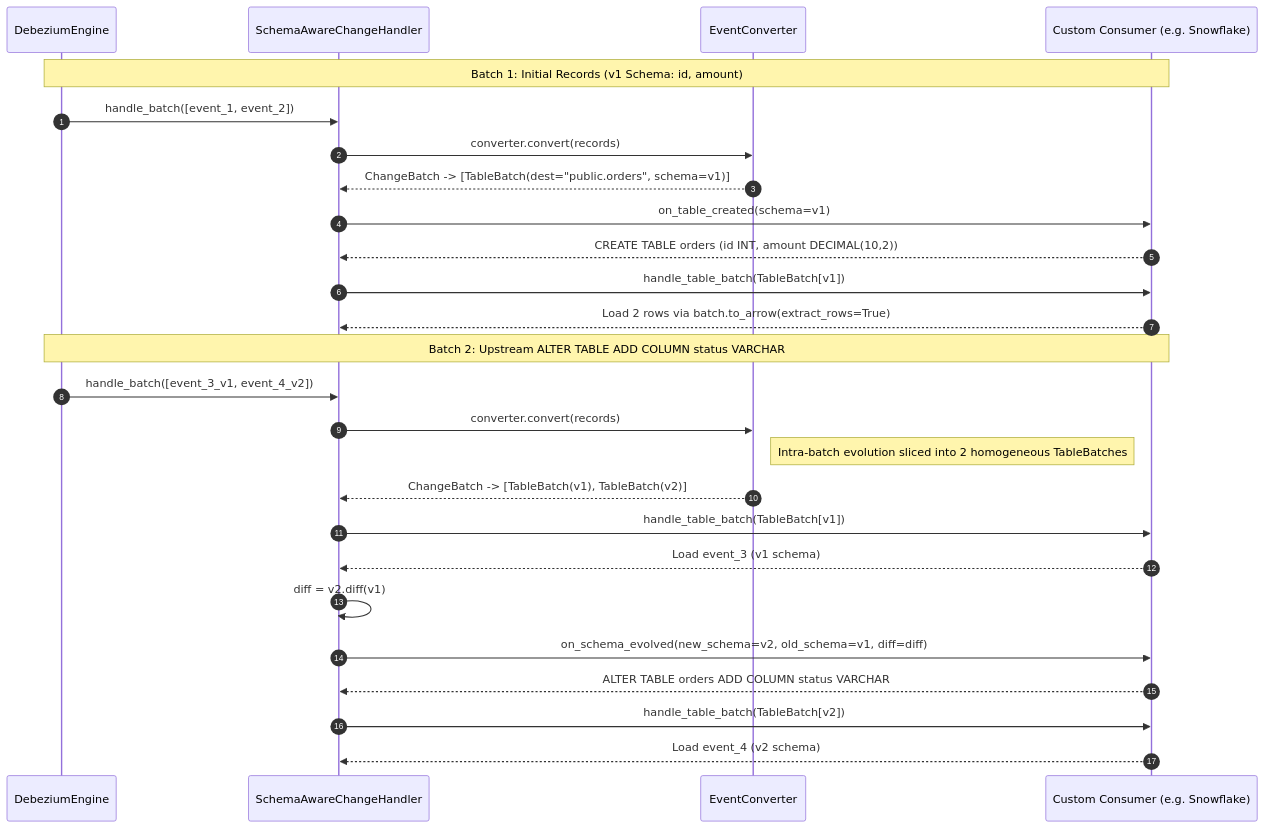
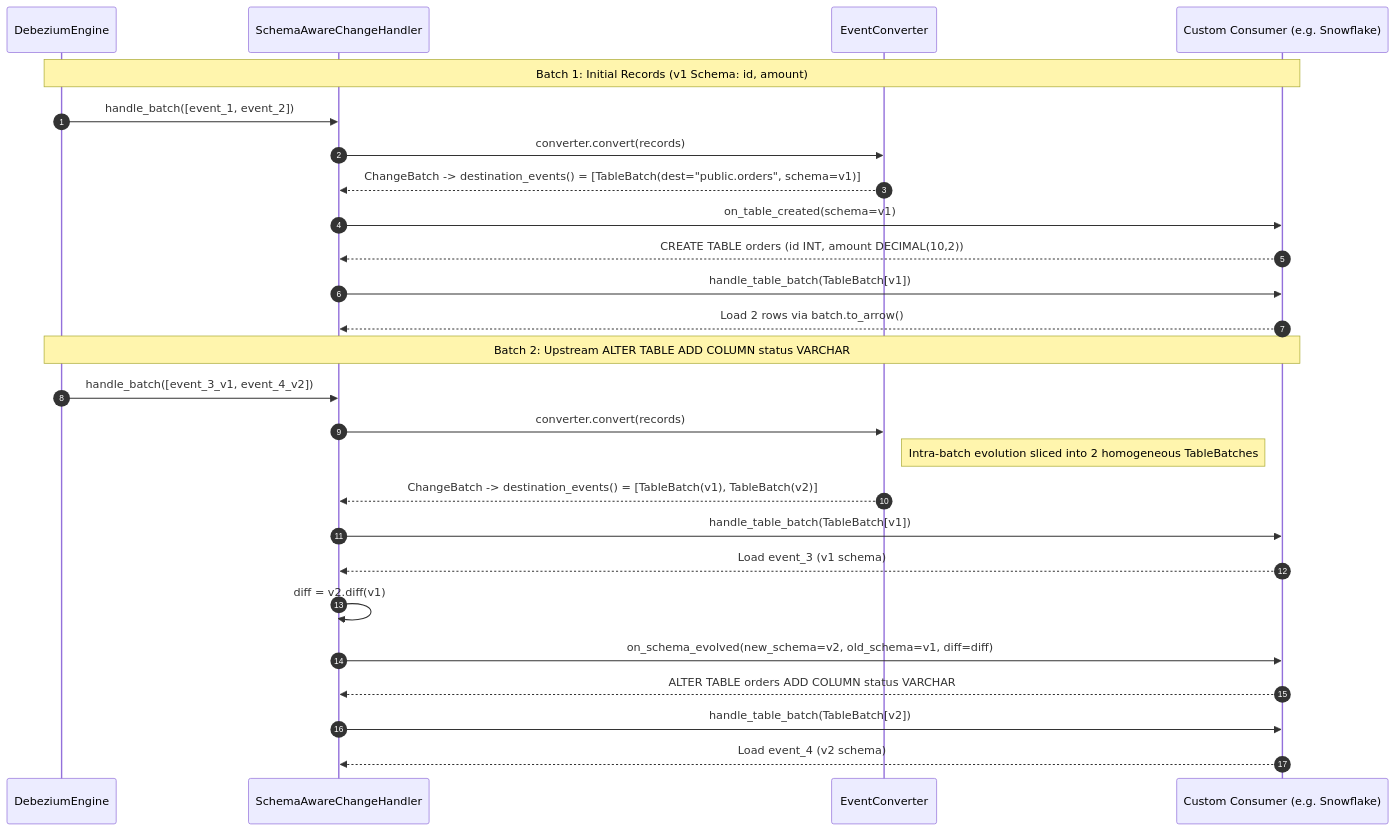
Before and after one commit to memiiso/pydbzengine: the diagram in docs/schema/consumer.md, drawn with Mermaid. The commit also changed other lines of this file and 6 other files, not shown here.

Commit message:
docs(schema): align schema subsystem documentation and examples with refactored API

````diff
--- a/docs/schema/consumer.md
+++ b/docs/schema/consumer.md
@@ -16,32 +24,32 @@
 ```mermaid
 sequenceDiagram
     autonumber
     participant Engine as DebeziumEngine
     participant Handler as SchemaAwareChangeHandler
     participant Conv as EventConverter
     participant Sink as Custom Consumer (e.g. Snowflake)
 
     Note over Engine,Sink: Batch 1: Initial Records (v1 Schema: id, amount)
     Engine->>Handler: handle_batch([event_1, event_2])
     Handler->>Conv: converter.convert(records)
-    Conv-->>Handler: ChangeBatch -> [TableBatch(dest="public.orders", schema=v1)]
+    Conv-->>Handler: ChangeBatch -> destination_events() = [TableBatch(dest="public.orders", schema=v1)]
     Handler->>Sink: on_table_created(schema=v1)
     Sink-->>Handler: CREATE TABLE orders (id INT, amount DECIMAL(10,2))
     Handler->>Sink: handle_table_batch(TableBatch[v1])
-    Sink-->>Handler: Load 2 rows via batch.to_arrow(extract_rows=True)
+    Sink-->>Handler: Load 2 rows via batch.to_arrow()
 
     Note over Engine,Sink: Batch 2: Upstream ALTER TABLE ADD COLUMN status VARCHAR
     Engine->>Handler: handle_batch([event_3_v1, event_4_v2])
     Handler->>Conv: converter.convert(records)
     Note right of Conv: Intra-batch evolution sliced into 2 homogeneous TableBatches
-    Conv-->>Handler: ChangeBatch -> [TableBatch(v1), TableBatch(v2)]
+    Conv-->>Handler: ChangeBatch -> destination_events() = [TableBatch(v1), TableBatch(v2)]
 
     Handler->>Sink: handle_table_batch(TableBatch[v1])
     Sink-->>Handler: Load event_3 (v1 schema)
 
     Handler->>Handler: diff = v2.diff(v1)
     Handler->>Sink: on_schema_evolved(new_schema=v2, old_schema=v1, diff=diff)
     Sink-->>Handler: ALTER TABLE orders ADD COLUMN status VARCHAR
     Handler->>Sink: handle_table_batch(TableBatch[v2])
     Sink-->>Handler: Load event_4 (v2 schema)
 ```
````
